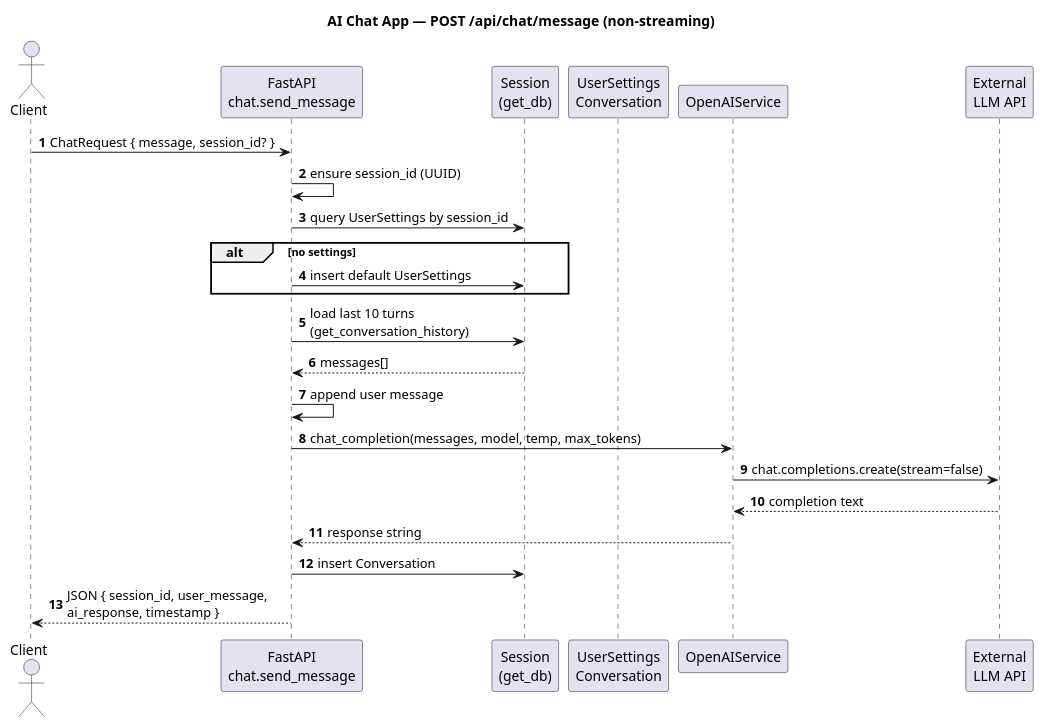
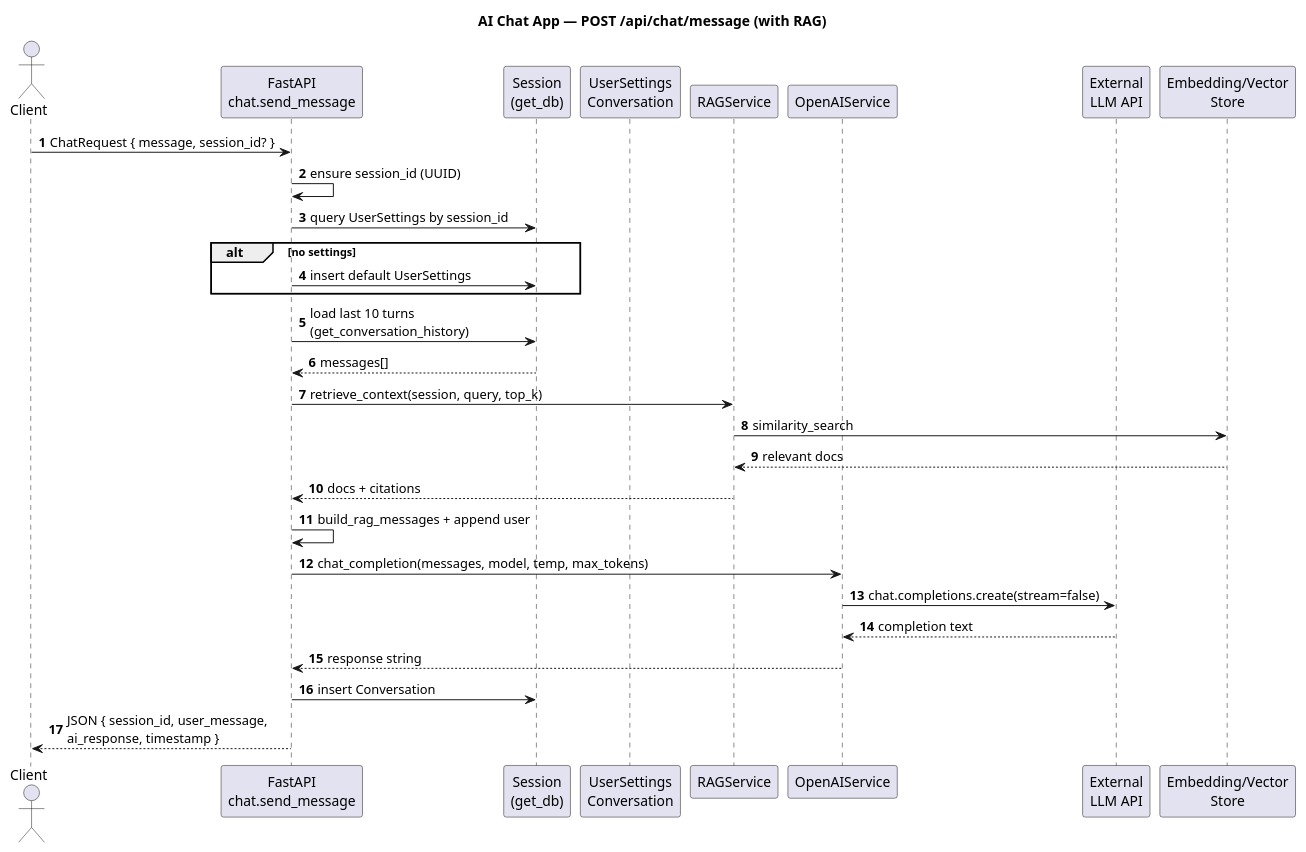
The fourth of 6 diagrams in uml/ai-chat-app.puml (fairywell28/Ai-Chat-App), drawn with PlantUML before and after one commit. The commit also changed other lines of this file and 8 other files, not shown here.

```diff
--- a/uml/ai-chat-app.puml
+++ b/uml/ai-chat-app.puml
@@ -135,27 +168,33 @@
 @startuml AI-Chat-App_Sequence_Chat_Message
-title AI Chat App — POST /api/chat/message (non-streaming)
+title AI Chat App — POST /api/chat/message (with RAG)
 autonumber
 actor Client
 participant "FastAPI\nchat.send_message" as API
 participant "Session\n(get_db)" as DB
 participant "UserSettings\nConversation" as ORM
+participant "RAGService" as RAG
 participant "OpenAIService" as OAI
 participant "External\nLLM API" as LLM
+participant "Embedding/Vector\nStore" as VS
 
 Client -> API : ChatRequest { message, session_id? }
 API -> API : ensure session_id (UUID)
 API -> DB : query UserSettings by session_id
 alt no settings
   API -> DB : insert default UserSettings
 end
 API -> DB : load last 10 turns\n(get_conversation_history)
 DB --> API : messages[]
-API -> API : append user message
+API -> RAG : retrieve_context(session, query, top_k)
+RAG -> VS : similarity_search
+VS --> RAG : relevant docs
+RAG --> API : docs + citations
+API -> API : build_rag_messages + append user
 API -> OAI : chat_completion(messages, model, temp, max_tokens)
 OAI -> LLM : chat.completions.create(stream=false)
 LLM --> OAI : completion text
 OAI --> API : response string
 API -> DB : insert Conversation
 API --> Client : JSON { session_id, user_message,\nai_response, timestamp }
 
 @enduml
```
